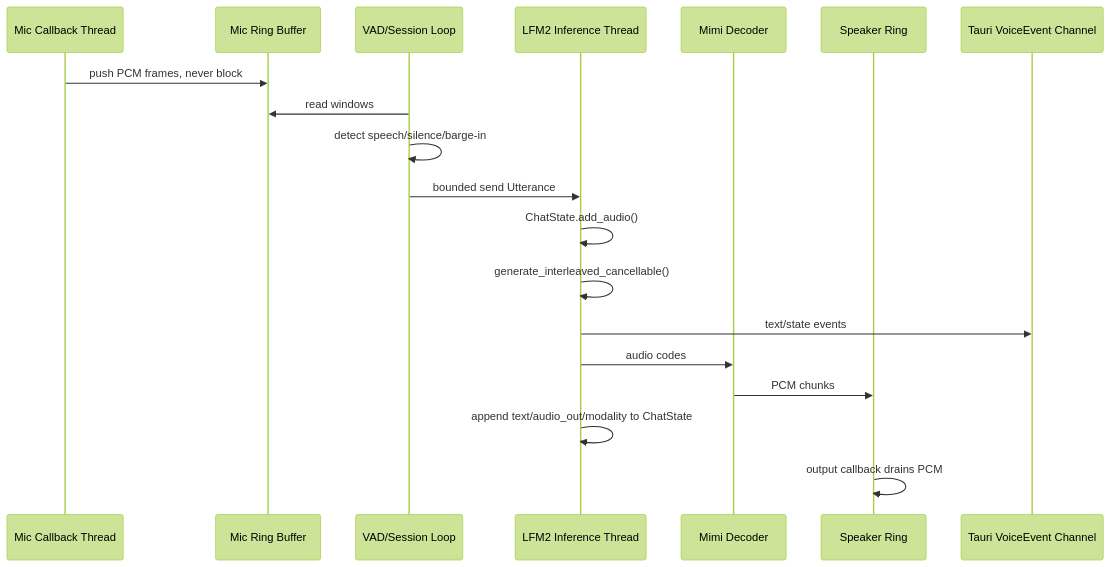
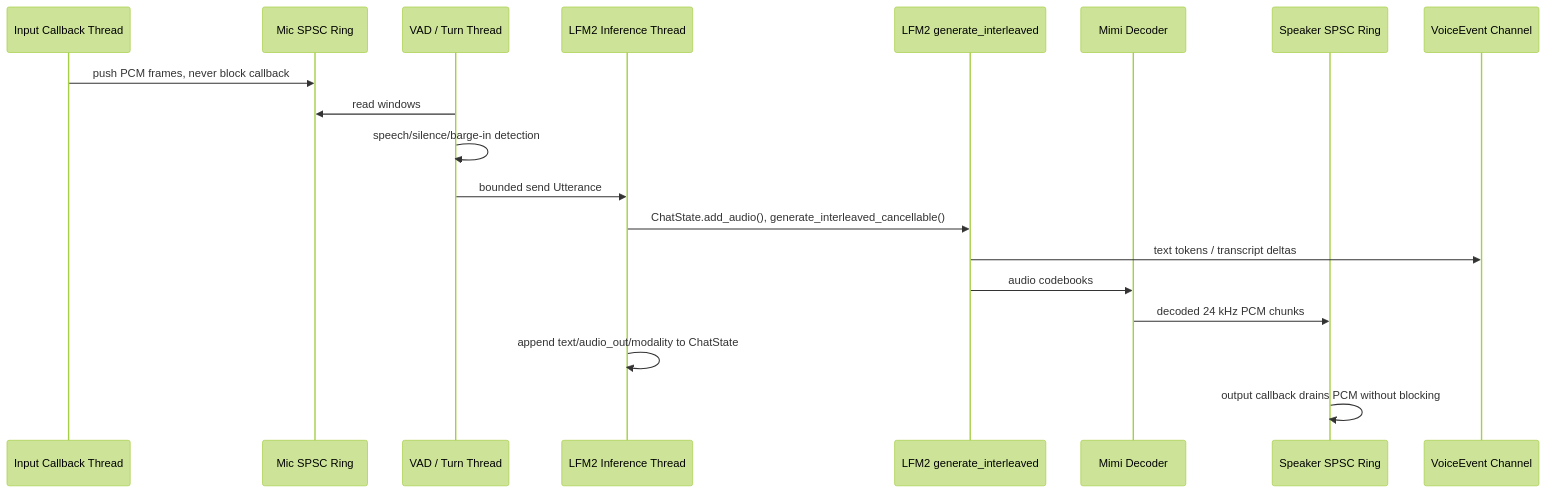
Before and after one commit to SolaceHarmony/emberharmony: the seventh of 8 diagrams in desktop-stack.md, drawn with Mermaid (forest theme). The commit also changed other lines of this file and 40 other files, not shown here.

````diff
--- a/desktop-stack.md
+++ b/desktop-stack.md
@@ -66,22 +401,22 @@
 ```mermaid
 sequenceDiagram
-  participant Mic as Mic Callback Thread
-  participant Ring as Mic Ring Buffer
-  participant VAD as VAD/Session Loop
+  participant Mic as Input Callback Thread
+  participant Ring as Mic SPSC Ring
+  participant VAD as VAD / Turn Thread
   participant Worker as LFM2 Inference Thread
+  participant Model as LFM2 generate_interleaved
   participant Mimi as Mimi Decoder
-  participant Speaker as Speaker Ring
-  participant UI as Tauri VoiceEvent Channel
+  participant Out as Speaker SPSC Ring
+  participant UI as VoiceEvent Channel
 
-  Mic->>Ring: push PCM frames, never block
+  Mic->>Ring: push PCM frames, never block callback
   VAD->>Ring: read windows
-  VAD->>VAD: detect speech/silence/barge-in
+  VAD->>VAD: speech/silence/barge-in detection
   VAD->>Worker: bounded send Utterance
-  Worker->>Worker: ChatState.add_audio()
-  Worker->>Worker: generate_interleaved_cancellable()
-  Worker->>UI: text/state events
-  Worker->>Mimi: audio codes
-  Mimi->>Speaker: PCM chunks
+  Worker->>Model: ChatState.add_audio(), generate_interleaved_cancellable()
+  Model->>UI: text tokens / transcript deltas
+  Model->>Mimi: audio codebooks
+  Mimi->>Out: decoded 24 kHz PCM chunks
   Worker->>Worker: append text/audio_out/modality to ChatState
-  Speaker->>Speaker: output callback drains PCM
+  Out->>Out: output callback drains PCM without blocking
 ```
````
